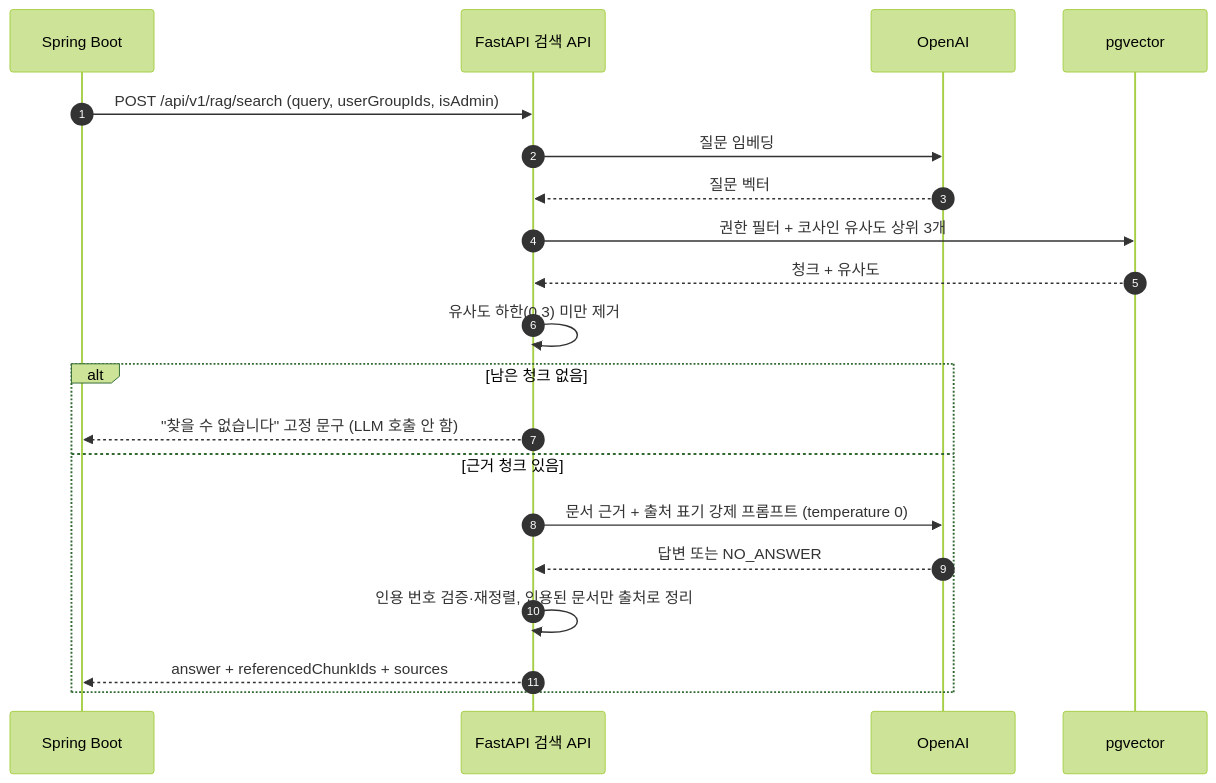
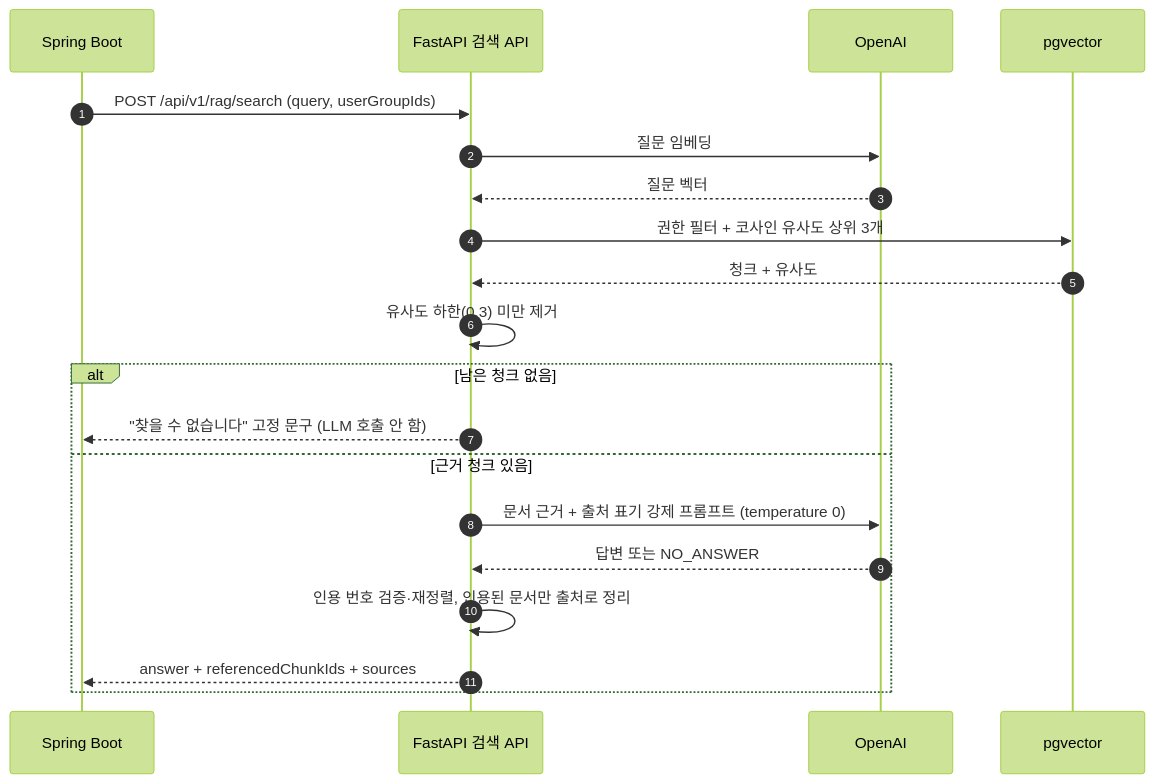
The third of 6 diagrams in README.md (well0924/rag_wiki_project_backend_ai), drawn with Mermaid (forest theme) before and after one commit. The commit also changed other lines of this file, not shown here.

````diff
--- a/README.md
+++ b/README.md
@@ -167,23 +169,23 @@
 ```mermaid
 sequenceDiagram
     autonumber
     participant SB as Spring Boot
     participant API as FastAPI 검색 API
     participant OAI as OpenAI
     participant PG as pgvector
 
-    SB->>API: POST /api/v1/rag/search (query, userGroupIds, isAdmin)
+    SB->>API: POST /api/v1/rag/search (query, userGroupIds)
     API->>OAI: 질문 임베딩
     OAI-->>API: 질문 벡터
     API->>PG: 권한 필터 + 코사인 유사도 상위 3개
     PG-->>API: 청크 + 유사도
     API->>API: 유사도 하한(0.3) 미만 제거
     alt 남은 청크 없음
         API-->>SB: "찾을 수 없습니다" 고정 문구 (LLM 호출 안 함)
     else 근거 청크 있음
         API->>OAI: 문서 근거 + 출처 표기 강제 프롬프트 (temperature 0)
         OAI-->>API: 답변 또는 NO_ANSWER
         API->>API: 인용 번호 검증·재정렬, 인용된 문서만 출처로 정리
         API-->>SB: answer + referencedChunkIds + sources
     end
 ```
````
